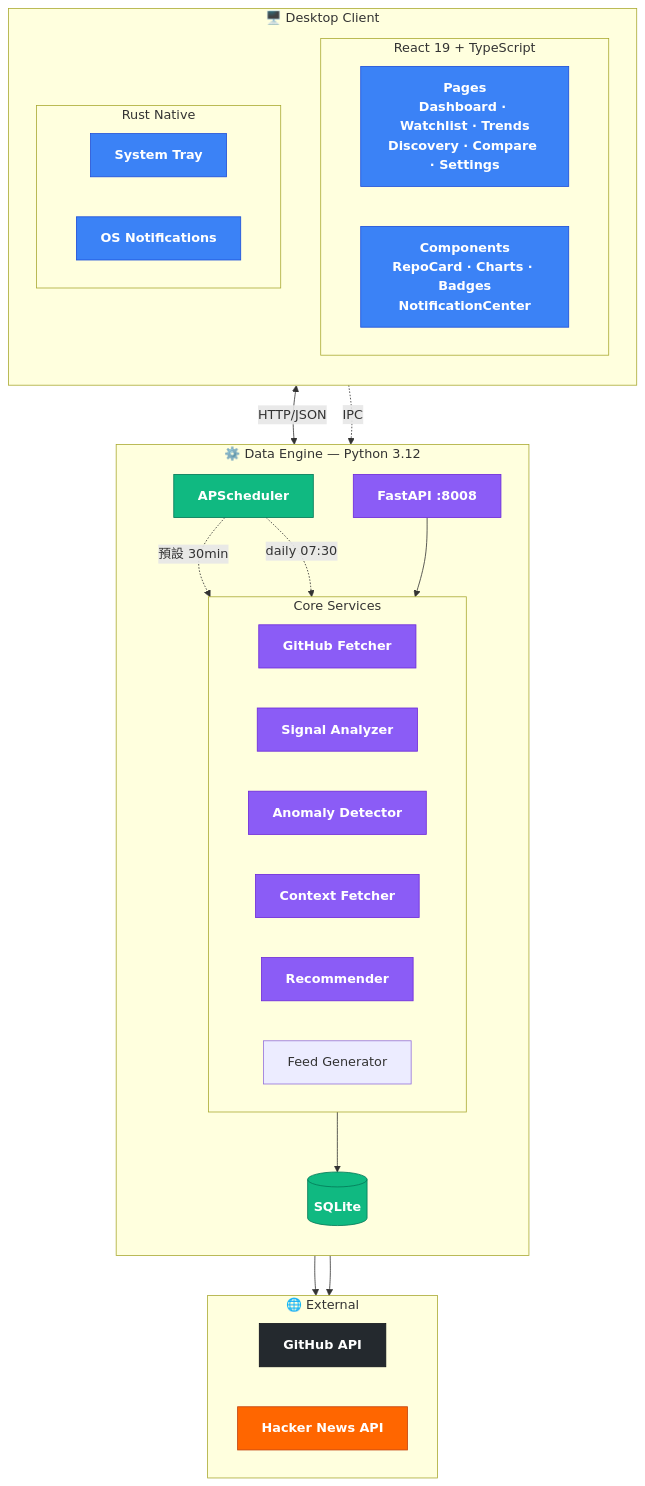
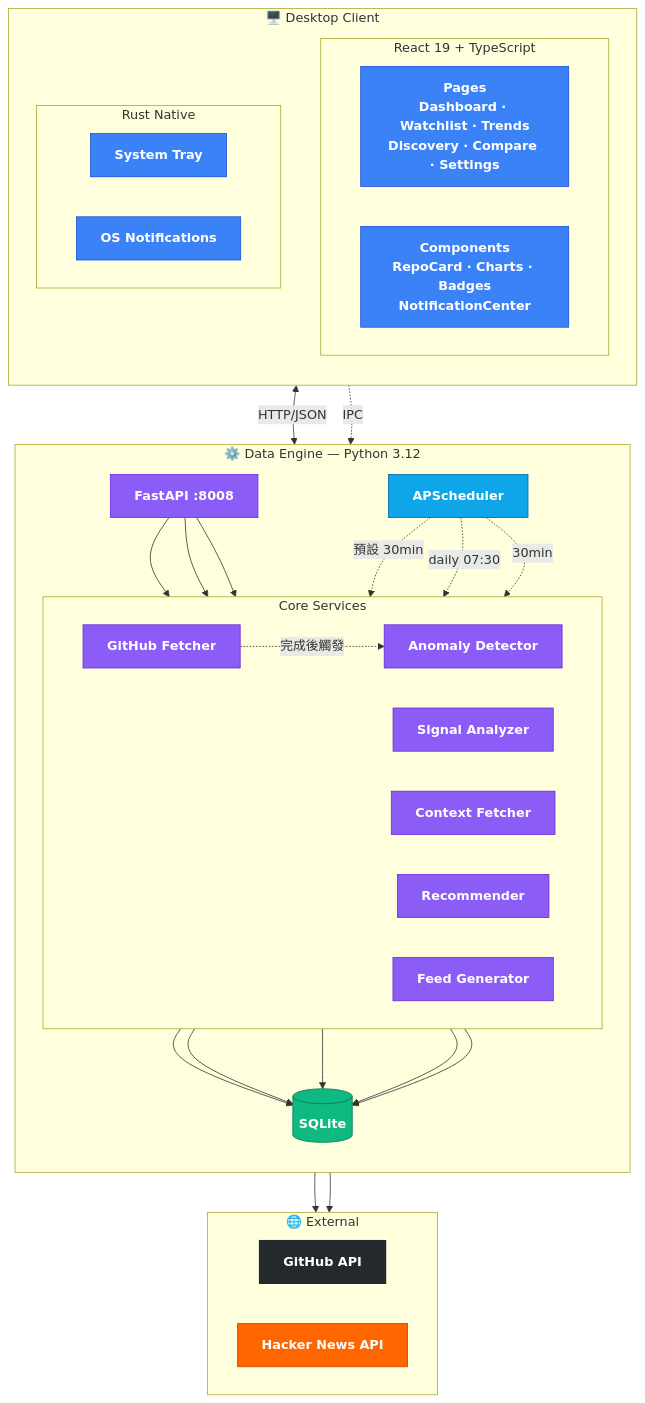
Before and after one commit to Neal75418/StarScope: the second of 2 diagrams in README.md, drawn with Mermaid. The commit also changed other lines of this file and 1 other file, not shown here.

First line of the commit message:
docs: 修正三張架構圖的內容錯誤與寬扁比例

````diff
--- a/README.md
+++ b/README.md
@@ -72,59 +78,69 @@
 ```mermaid
 graph TB
     subgraph Desktop["🖥️ Desktop Client"]
         direction TB
         subgraph UI["React 19 + TypeScript"]
             direction LR
-            Pages["<b>Pages</b><br/>Dashboard · Watchlist · Trends<br/>Discovery · Compare · Settings"]
-            Components["<b>Components</b><br/>RepoCard · Charts · Badges<br/>NotificationCenter"]
+            Pages["Pages<br/>Dashboard · Watchlist · Trends<br/>Discovery · Compare · Settings"]
+            Components["Components<br/>RepoCard · Charts · Badges<br/>NotificationCenter"]
         end
         subgraph Native["Rust Native"]
             direction LR
             Tray["System Tray"]
             Notify["OS Notifications"]
         end
     end
 
     subgraph Engine["⚙️ Data Engine — Python 3.12"]
         direction TB
         API["FastAPI :8008"]
         subgraph Services["Core Services"]
             direction LR
             Fetch["GitHub Fetcher"]
             Analyze["Signal Analyzer"]
             Detect["Anomaly Detector"]
             Context["Context Fetcher"]
             Recommend["Recommender"]
             Feed["Feed Generator"]
         end
         DB[("SQLite")]
         Sched["APScheduler"]
-        API --> Services
-        Services --> DB
+        API --> Fetch
+        API --> Analyze
+        API --> Recommend
+        Fetch --> DB
+        Analyze --> DB
+        Detect --> DB
+        Context --> DB
+        Feed --> DB
         Sched -.->|預設 30min| Fetch
+        Fetch -.->|完成後觸發| Detect
         Sched -.->|daily 07:30| Feed
+        Sched -.->|30min| Context
     end
 
     subgraph Ext["🌐 External"]
         direction LR
         GH["GitHub API"]
         HN["Hacker News API"]
     end
 
     Components <-->|HTTP/JSON| API
     Native -.->|IPC| API
     Fetch --> GH
     Context --> HN
 
     classDef frontend fill:#3b82f6,stroke:#1d4ed8,color:#fff,font-weight:bold
     classDef backend fill:#8b5cf6,stroke:#6d28d9,color:#fff,font-weight:bold
     classDef storage fill:#10b981,stroke:#047857,color:#fff,font-weight:bold
+    classDef sched fill:#0ea5e9,stroke:#0369a1,color:#fff,font-weight:bold
     classDef github fill:#24292e,stroke:#0d1117,color:#fff,font-weight:bold
     classDef hackernews fill:#ff6600,stroke:#c2410c,color:#fff,font-weight:bold
 
     class Pages,Components,Tray,Notify frontend
-    class API,Fetch,Analyze,Detect,Context,Recommend backend
-    class DB,Sched storage
+    class API,Fetch,Analyze,Detect,Context,Recommend,Feed backend
+    class DB storage
+    class Sched sched
     class GH github
     class HN hackernews
 ```
````
